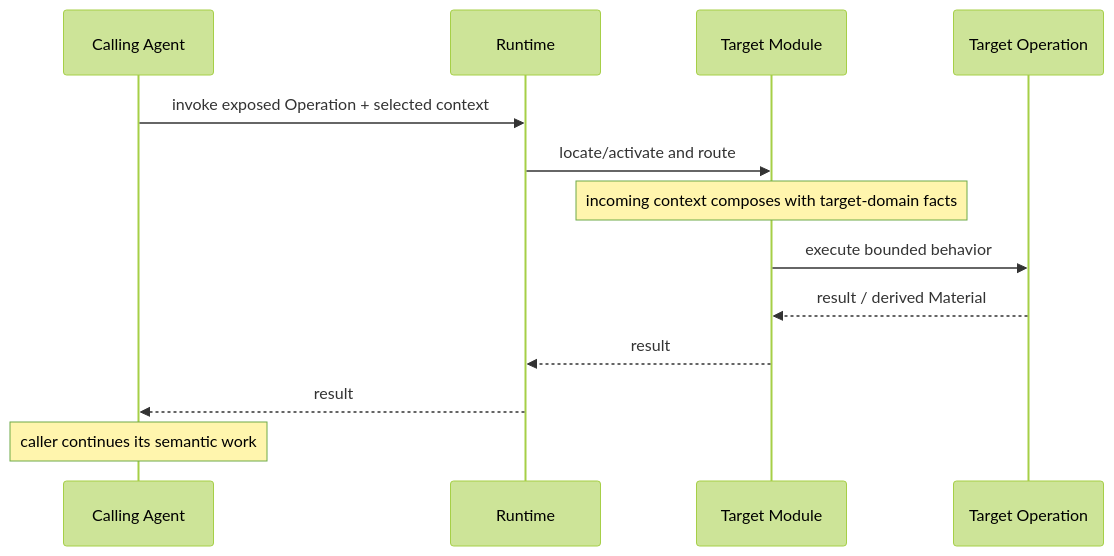
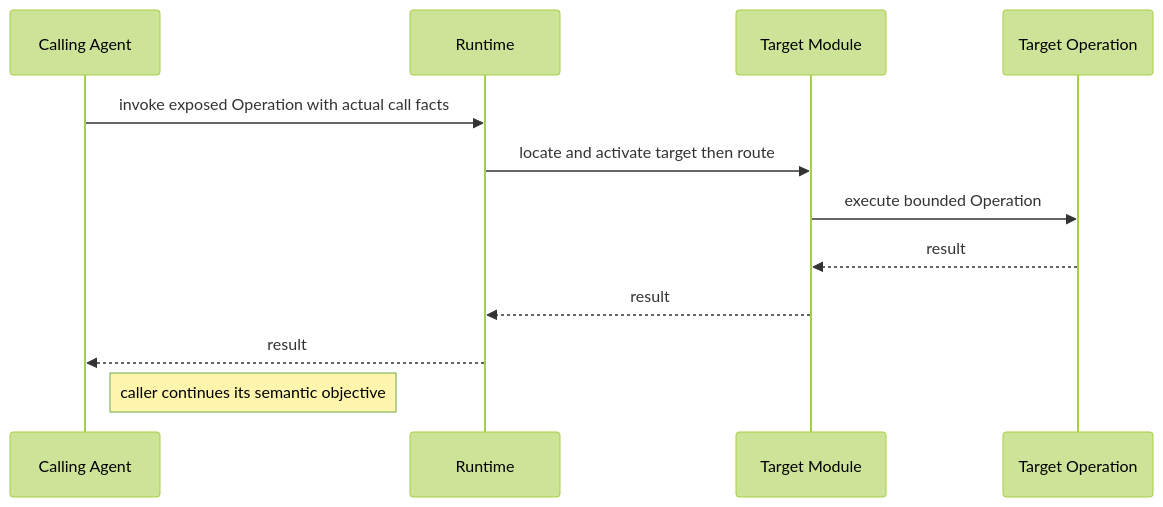
One commit to DidacLL/MADRE changed the seventh of 12 diagrams in docs/architecture/mid-level-architecture.md. Above: the diagram before and after it, drawn with Mermaid (forest theme). The commit also changed other lines of this file, not shown here.

Commit message:
docs: restore SPIRA contracts in mid-level architecture

````diff
--- a/docs/architecture/mid-level-architecture.md
+++ b/docs/architecture/mid-level-architecture.md
@@ -116,16 +349,15 @@
 ```mermaid
 sequenceDiagram
     participant A as Calling Agent
     participant R as Runtime
     participant M as Target Module
     participant O as Target Operation
 
-    A->>R: invoke exposed Operation + selected context
-    R->>M: locate/activate and route
-    Note over M: incoming context composes with target-domain facts
-    M->>O: execute bounded behavior
-    O-->>M: result / derived Material
+    A->>R: invoke exposed Operation with actual call facts
+    R->>M: locate and activate target then route
+    M->>O: execute bounded Operation
+    O-->>M: result
     M-->>R: result
     R-->>A: result
-    Note over A: caller continues its semantic work
+    Note right of A: caller continues its semantic objective
 ```
````
